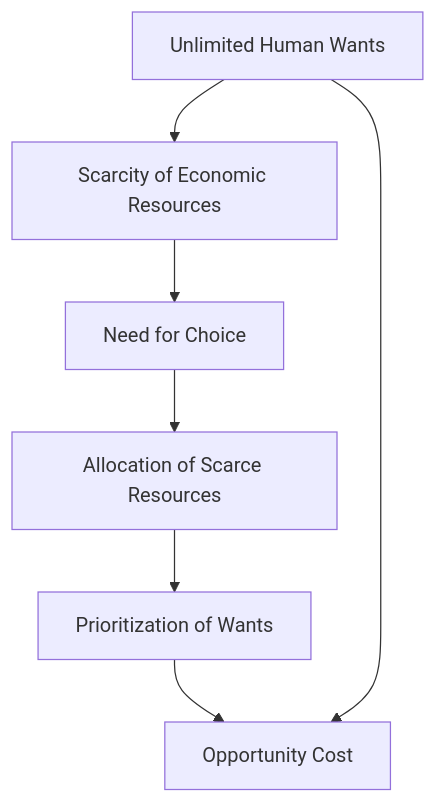
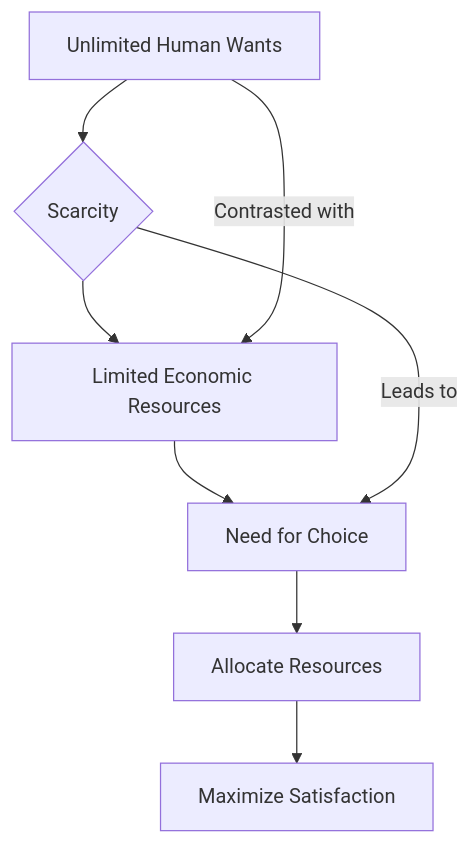
Before and after one commit to DagimAlemayehuu/Ater: the diagram in Obsidian_Vault/2-Academic/Winter 2026/Economics/1_Basics_Of_Economics/Scarcity_And_Choice.md, drawn with Mermaid. The commit also changed other lines of this file and 71 other files, not shown here.

````diff
--- a/Obsidian_Vault/2-Academic/Winter 2026/Economics/1_Basics_Of_Economics/Scarcity_And_Choice.md
+++ b/Obsidian_Vault/2-Academic/Winter 2026/Economics/1_Basics_Of_Economics/Scarcity_And_Choice.md
@@ -52,11 +48,12 @@
 ```mermaid
 
 graph TD
-    A[Unlimited Human Wants] --> B[Scarcity of Economic Resources]
-    B --> C[Need for Choice]
-    C --> D[Allocation of Scarce Resources]
-    D --> E[Prioritization of Wants]
-    E --> F[Opportunity Cost]
-    A --> F
+    A[Unlimited Human Wants] --> B{Scarcity}
+    B --> C[ Limited Economic Resources ]
+    C --> D[Need for Choice]
+    D --> E[Allocate Resources]
+    E --> F[Maximize Satisfaction]
+    A -->|Contrasted with| C
+    B -->|Leads to| D
 
 ```
````
